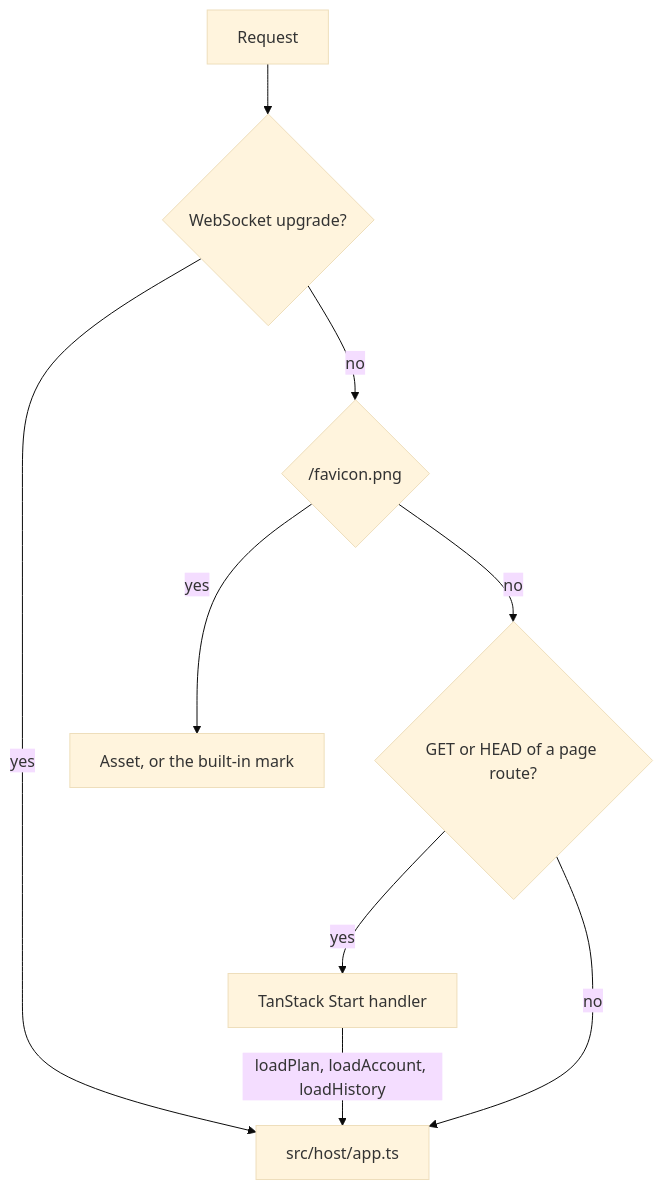
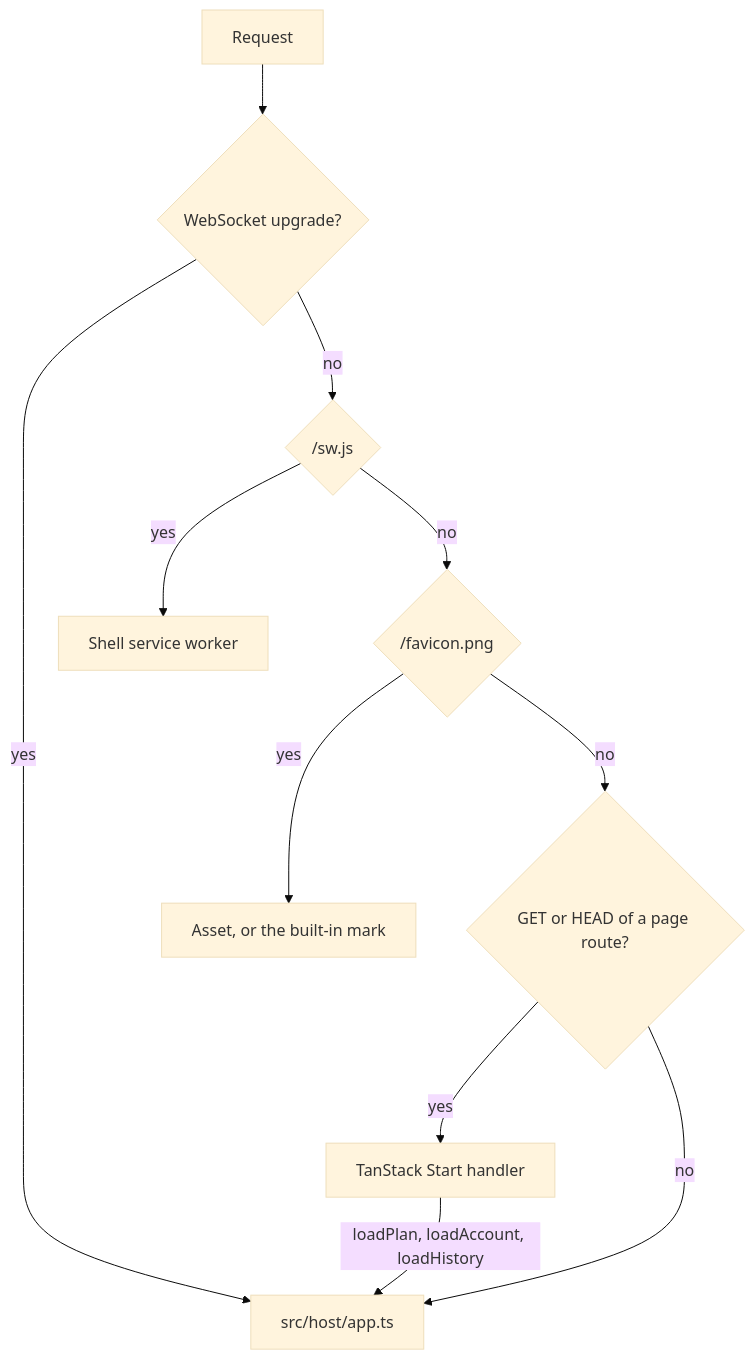
Before and after one commit to marco-calderon/visual-living-plan: the second of 10 diagrams in docs/architecture/README.md, drawn with Mermaid (base theme). The commit also changed other lines of this file and 45 other files, not shown here.

First line of the commit message:
Cache the app shell in a versioned service worker (#121)

````diff
--- a/docs/architecture/README.md
+++ b/docs/architecture/README.md
@@ -51,11 +51,13 @@
 ```mermaid
 flowchart TD
   Req["Request"] --> Upgrade{"WebSocket upgrade?"}
   Upgrade -->|yes| Worker["src/host/app.ts"]
-  Upgrade -->|no| Favicon{"/favicon.png"}
+  Upgrade -->|no| Shell{"/sw.js"}
+  Shell -->|yes| Script["Shell service worker"]
+  Shell -->|no| Favicon{"/favicon.png"}
   Favicon -->|yes| Icon["Asset, or the built-in mark"]
   Favicon -->|no| Page{"GET or HEAD of a page route?"}
   Page -->|yes| Start["TanStack Start handler"]
   Page -->|no| Worker
   Start -->|"loadPlan, loadAccount, loadHistory"| Worker
 ```
````
